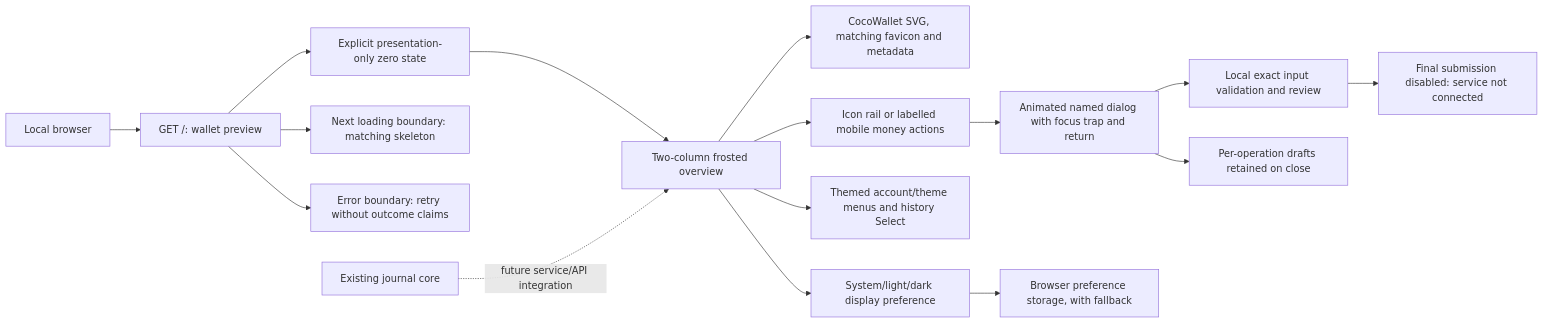
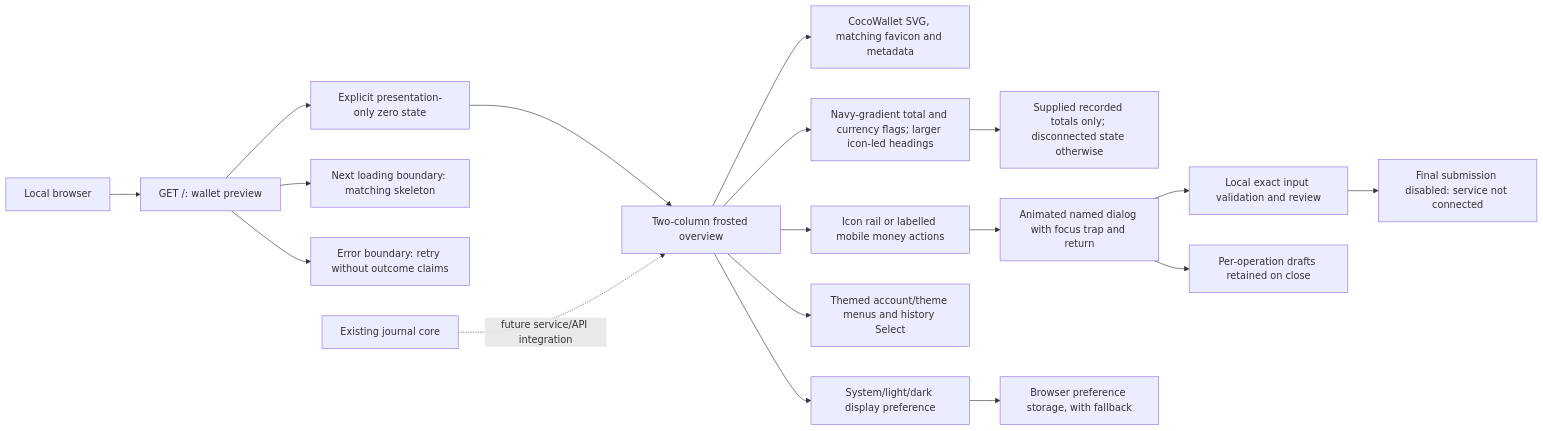
Before and after one commit to ahmadhafizh16/cocowallet: the second of 9 diagrams in artifact/DIAGRAMS.md, drawn with Mermaid. The commit also changed other lines of this file and 16 other files, not shown here.

````diff
--- a/artifact/DIAGRAMS.md
+++ b/artifact/DIAGRAMS.md
@@ -29,18 +29,20 @@
 ```mermaid
 flowchart LR
     Browser[Local browser] --> Page[GET /: wallet preview]
     Page --> Model[Explicit presentation-only zero state]
     Model --> Shell[Two-column frosted overview]
     Shell --> Brand[CocoWallet SVG, matching favicon and metadata]
+    Shell --> Card[Navy-gradient total and currency flags; larger icon-led headings]
+    Card --> HistoryPlot[Supplied recorded totals only; disconnected state otherwise]
     Shell --> Trigger[Icon rail or labelled mobile money actions]
     Trigger --> Dialog[Animated named dialog with focus trap and return]
     Dialog --> Draft[Local exact input validation and review]
     Dialog --> Memory[Per-operation drafts retained on close]
     Shell --> Menus[Themed account/theme menus and history Select]
     Draft --> Blocked[Final submission disabled: service not connected]
     Page --> Loading[Next loading boundary: matching skeleton]
     Page --> Error[Error boundary: retry without outcome claims]
     Shell --> Theme[System/light/dark display preference]
     Theme --> Storage[Browser preference storage, with fallback]
     Core[Existing journal core] -. future service/API integration .-> Shell
 ```
````
